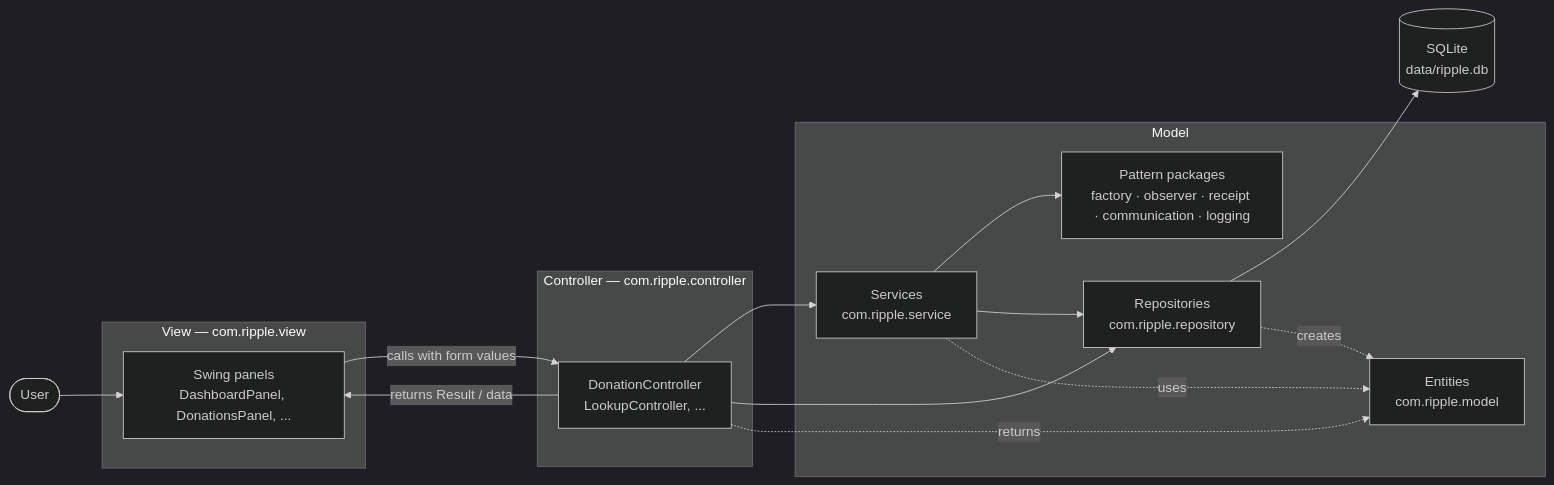
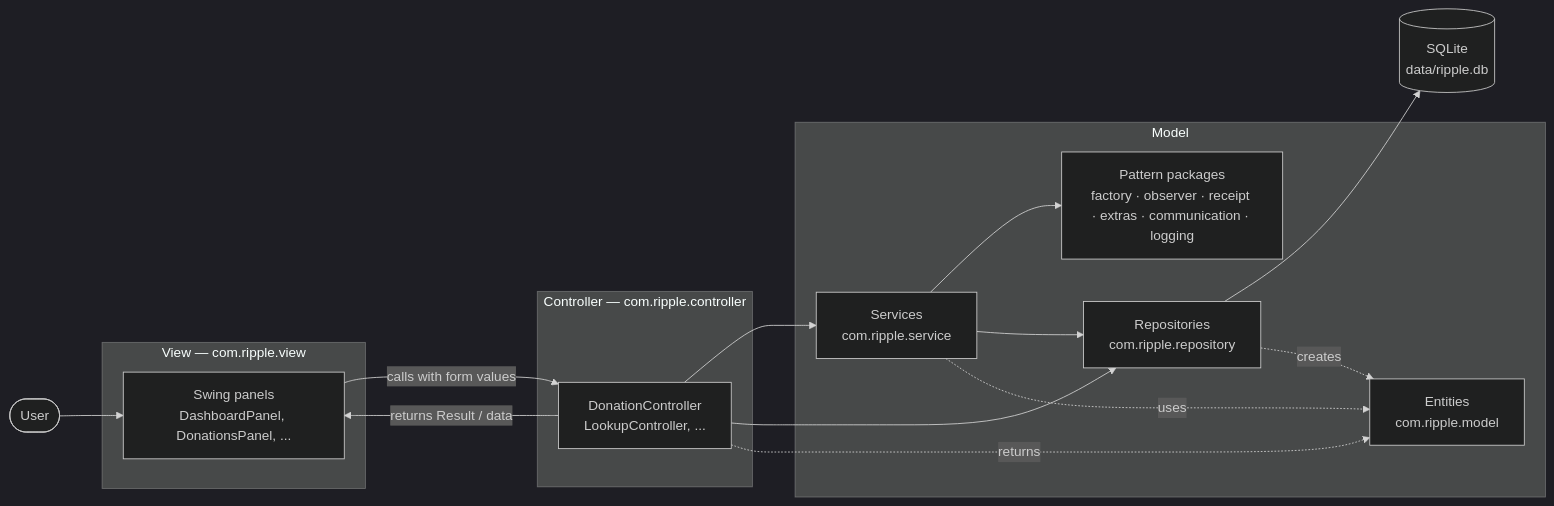
One commit to Abdallah1707/Ripple changed the first of 6 diagrams in docs/architecture.md. Above: the diagram before and after it, drawn with Mermaid (dark theme). The commit also changed other lines of this file and 28 other files, not shown here.

````diff
--- a/docs/architecture.md
+++ b/docs/architecture.md
@@ -27,27 +27,27 @@
 ```mermaid
 flowchart LR
     U([User]) --> V
     subgraph View["View — com.ripple.view"]
         V[Swing panels<br/>DashboardPanel, DonationsPanel, ...]
     end
     subgraph Controller["Controller — com.ripple.controller"]
         C[DonationController<br/>LookupController, ...]
     end
     subgraph Model["Model"]
         S[Services<br/>com.ripple.service]
-        P[Pattern packages<br/>factory · observer · receipt · communication · logging]
+        P[Pattern packages<br/>factory · observer · receipt · extras · communication · logging]
         R[Repositories<br/>com.ripple.repository]
         E[Entities<br/>com.ripple.model]
     end
     DB[(SQLite<br/>data/ripple.db)]
     V -- "calls with form values" --> C
     C -- "returns Result / data" --> V
     C --> S
     C --> R
     S --> P
     S --> R
     R --> DB
     S -. uses .-> E
     R -. creates .-> E
     C -. returns .-> E
 ```
````
